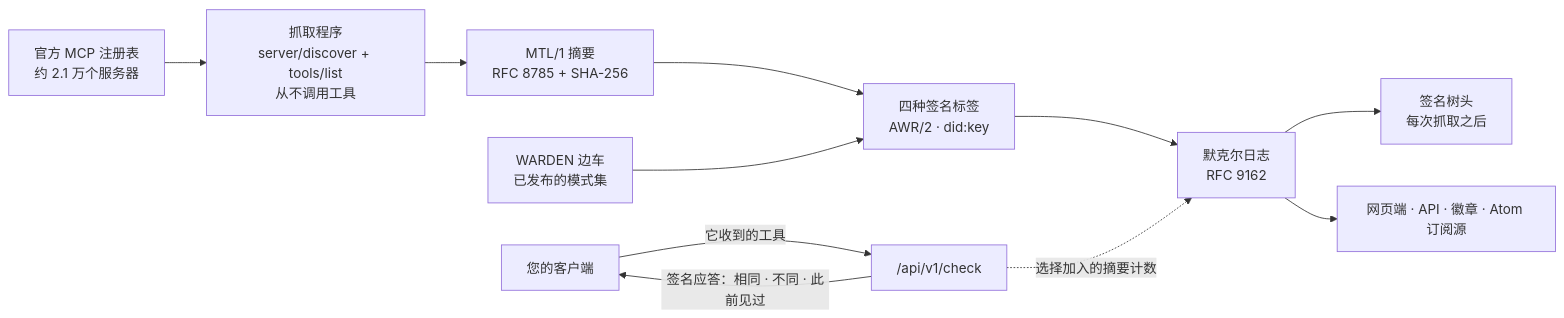
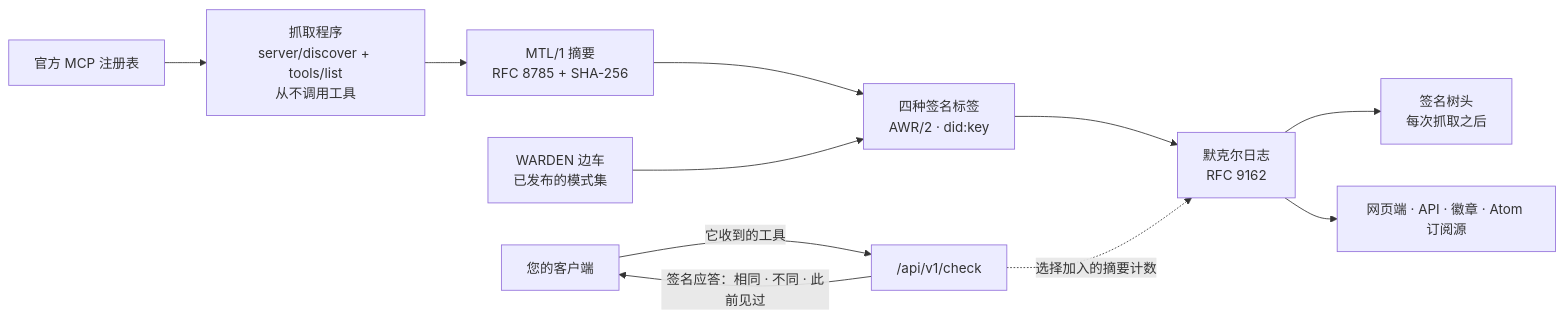
The diagram in README.zh.md (alexar76/histor), drawn with Mermaid before and after one commit. The commit also changed other lines of this file and 42 other files, not shown here.

````diff
--- a/README.zh.md
+++ b/README.zh.md
@@ -49,13 +49,13 @@
 ```mermaid
 flowchart LR
-    R["官方 MCP 注册表<br/>约 2.1 万个服务器"] --> C["抓取程序<br/>server/discover + tools/list<br/>从不调用工具"]
+    R["官方 MCP 注册表"] --> C["抓取程序<br/>server/discover + tools/list<br/>从不调用工具"]
     C --> D["MTL/1 摘要<br/>RFC 8785 + SHA-256"]
     D --> L["四种签名标签<br/>AWR/2 · did:key"]
     W["WARDEN 边车<br/>已发布的模式集"] --> L
     L --> M["默克尔日志<br/>RFC 9162"]
     M --> S["签名树头<br/>每次抓取之后"]
     M --> API["网页端 · API · 徽章 · Atom 订阅源"]
     CL["您的客户端"] -- "它收到的工具" --> K["/api/v1/check"]
     K -- "签名应答：相同 · 不同 · 此前见过" --> CL
     K -. "选择加入的摘要计数" .-> M
 ```
````
